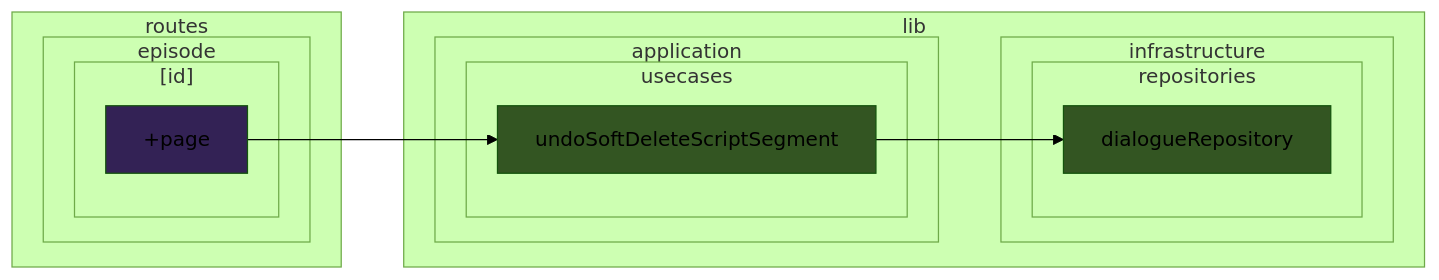
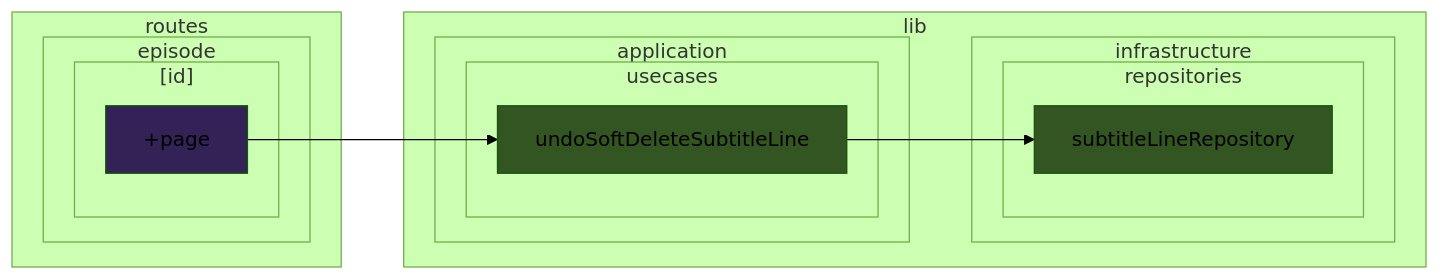
One commit to k5n/kotonoha changed diagram 33 of 39 in doc/dependency-graph.md. Above: the diagram before and after it, drawn with Mermaid (forest theme). The commit also changed other lines of this file, not shown here.

````diff
--- a/doc/dependency-graph.md
+++ b/doc/dependency-graph.md
@@ -1672,30 +1672,30 @@
 ```mermaid
 graph LR
     classDef cssSvelteComponent fill:#325;
     classDef cssSvelteScript fill:#535;
     classDef cssTypeScript fill:#352;
         subgraph sg_lib ["lib"]
             subgraph sg_lib_application ["application"]
                 subgraph sg_lib_application_usecases ["usecases"]
-                    src_lib_application_usecases_undoSoftDeleteScriptSegment_ts["undoSoftDeleteScriptSegment"]
+                    src_lib_application_usecases_undoSoftDeleteSubtitleLine_ts["undoSoftDeleteSubtitleLine"]
                 end
             end
             subgraph sg_lib_infrastructure ["infrastructure"]
                 subgraph sg_lib_infrastructure_repositories ["repositories"]
-                    src_lib_infrastructure_repositories_dialogueRepository_ts["dialogueRepository"]
+                    src_lib_infrastructure_repositories_subtitleLineRepository_ts["subtitleLineRepository"]
                 end
             end
         end
         subgraph sg_routes ["routes"]
             subgraph sg_routes_episode ["episode"]
                 subgraph sg_routes_episode__id_ ["[id]"]
                     src_routes_episode__id___page_svelte["+page"]
                 end
             end
         end
-    src_lib_application_usecases_undoSoftDeleteScriptSegment_ts --> src_lib_infrastructure_repositories_dialogueRepository_ts
-    src_routes_episode__id___page_svelte --> src_lib_application_usecases_undoSoftDeleteScriptSegment_ts
-    class src_lib_application_usecases_undoSoftDeleteScriptSegment_ts cssTypeScript
-    class src_lib_infrastructure_repositories_dialogueRepository_ts cssTypeScript
+    src_lib_application_usecases_undoSoftDeleteSubtitleLine_ts --> src_lib_infrastructure_repositories_subtitleLineRepository_ts
+    src_routes_episode__id___page_svelte --> src_lib_application_usecases_undoSoftDeleteSubtitleLine_ts
+    class src_lib_application_usecases_undoSoftDeleteSubtitleLine_ts cssTypeScript
+    class src_lib_infrastructure_repositories_subtitleLineRepository_ts cssTypeScript
     class src_routes_episode__id___page_svelte cssSvelteComponent
 ```
````
